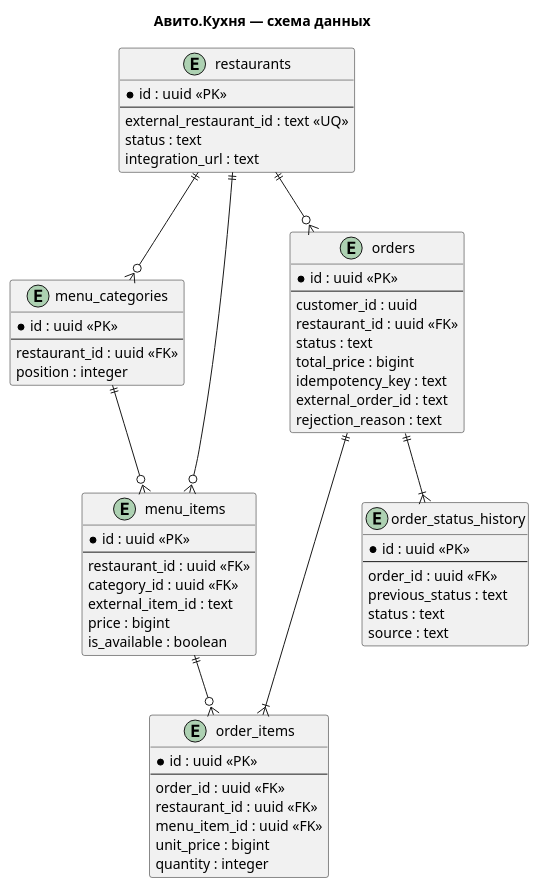
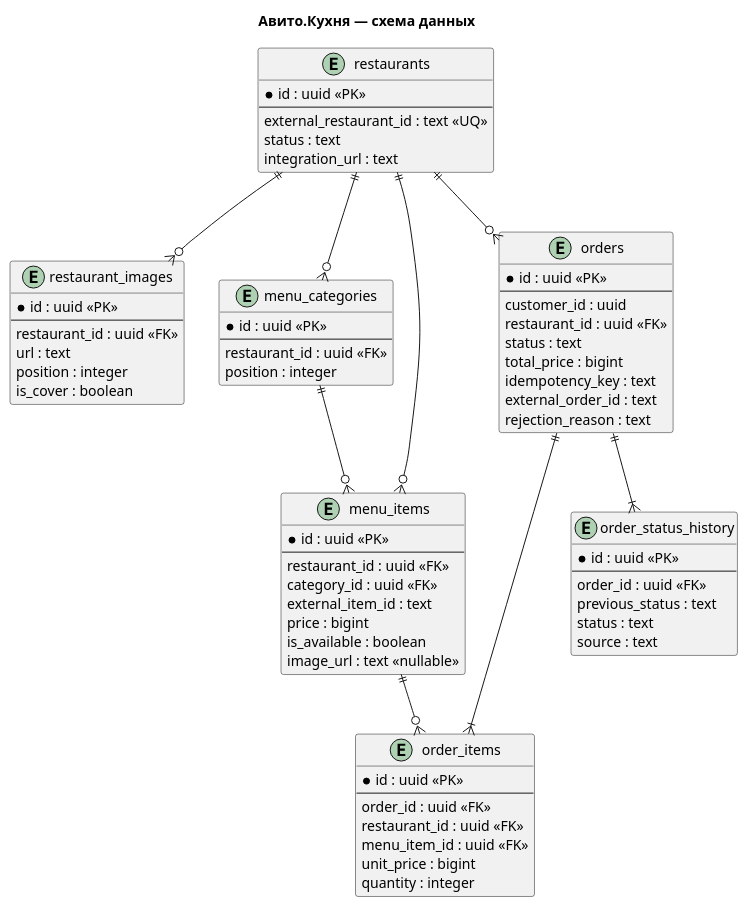
One commit to Waydss/kitchen changed the diagram in docs/database.puml. Above: the diagram before and after it, drawn with PlantUML. The commit also changed 22 other files, not shown here.

```diff
--- a/docs/database.puml
+++ b/docs/database.puml
@@ -1,63 +1,73 @@
 @startuml
 title Авито.Кухня — схема данных
 hide methods
 
 entity restaurants {
   * id : uuid <<PK>>
   --
   external_restaurant_id : text <<UQ>>
   status : text
   integration_url : text
+}
+entity restaurant_images {
+  * id : uuid <<PK>>
+  --
+  restaurant_id : uuid <<FK>>
+  url : text
+  position : integer
+  is_cover : boolean
 }
 entity menu_categories {
   * id : uuid <<PK>>
   --
   restaurant_id : uuid <<FK>>
   position : integer
 }
 entity menu_items {
   * id : uuid <<PK>>
   --
   restaurant_id : uuid <<FK>>
   category_id : uuid <<FK>>
   external_item_id : text
   price : bigint
   is_available : boolean
+  image_url : text <<nullable>>
 }
 entity orders {
   * id : uuid <<PK>>
   --
   customer_id : uuid
   restaurant_id : uuid <<FK>>
   status : text
   total_price : bigint
   idempotency_key : text
   external_order_id : text
   rejection_reason : text
 }
 entity order_items {
   * id : uuid <<PK>>
   --
   order_id : uuid <<FK>>
   restaurant_id : uuid <<FK>>
   menu_item_id : uuid <<FK>>
   unit_price : bigint
   quantity : integer
 }
 entity order_status_history {
   * id : uuid <<PK>>
   --
   order_id : uuid <<FK>>
   previous_status : text
   status : text
   source : text
 }
 
 restaurants ||--o{ menu_categories
+restaurants ||--o{ restaurant_images
 restaurants ||--o{ menu_items
 menu_categories ||--o{ menu_items
 restaurants ||--o{ orders
 orders ||--|{ order_items
 menu_items ||--o{ order_items
 orders ||--|{ order_status_history
 @enduml
```
